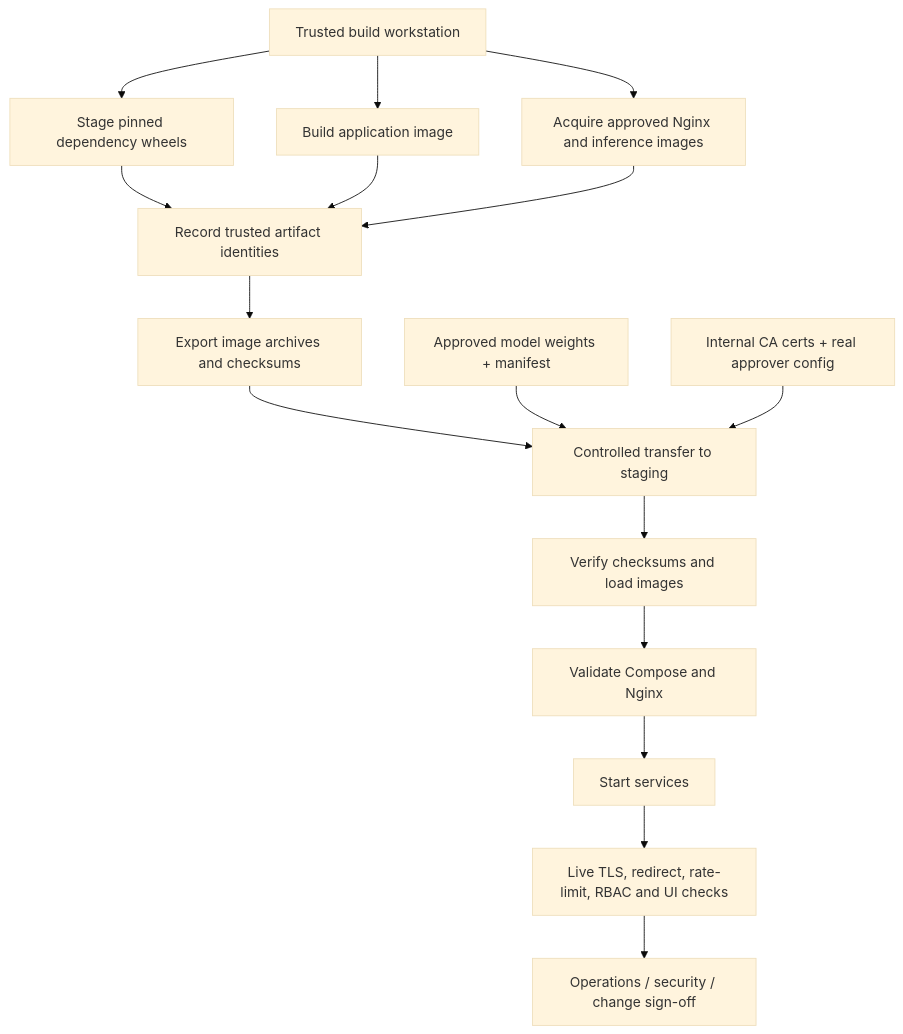
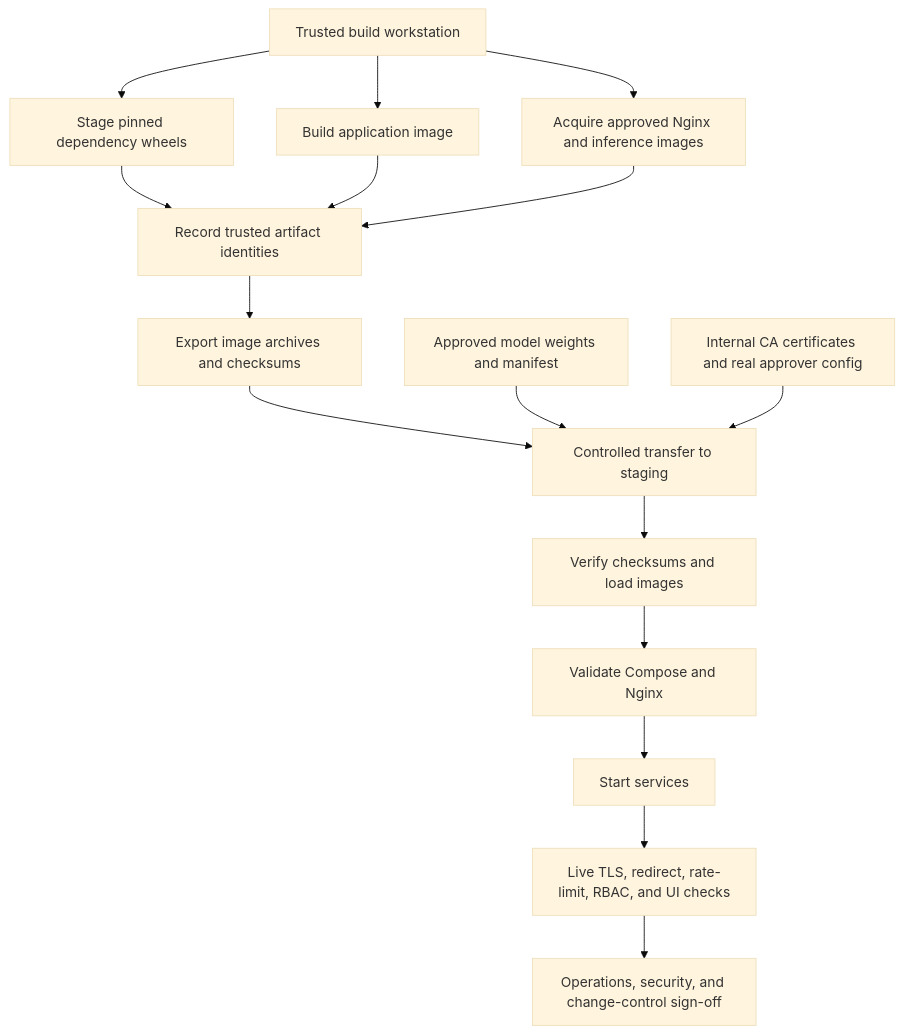
One commit to NithinGJ2005/AeroGrid_AI changed the fourth of 4 diagrams in README.md. Above: the diagram before and after it, drawn with Mermaid (base theme). The commit also changed other lines of this file, not shown here.

````diff
--- a/README.md
+++ b/README.md
@@ -286,18 +261,18 @@
 ```mermaid
 flowchart TD
- BUILD[Trusted build workstation] --> WHEELS[Stage pinned dependency wheels]
- BUILD --> APP[Build application image]
- BUILD --> BASE[Acquire approved Nginx and inference images]
- WHEELS --> VERIFY[Record trusted artifact identities]
- APP --> VERIFY
- BASE --> VERIFY
- VERIFY --> EXPORT[Export image archives and checksums]
- EXPORT --> TRANSFER[Controlled transfer to staging]
- MODEL[Approved model weights + manifest] --> TRANSFER
- CONFIG[Internal CA certs + real approver config] --> TRANSFER
- TRANSFER --> LOAD[Verify checksums and load images]
- LOAD --> CHECK[Validate Compose and Nginx]
- CHECK --> START[Start services]
- START --> TEST[Live TLS, redirect, rate-limit, RBAC and UI checks]
- TEST --> SIGNOFF[Operations / security / change sign-off]
+    BUILD[Trusted build workstation] --> WHEELS[Stage pinned dependency wheels]
+    BUILD --> APP[Build application image]
+    BUILD --> BASE[Acquire approved Nginx and inference images]
+    WHEELS --> VERIFY[Record trusted artifact identities]
+    APP --> VERIFY
+    BASE --> VERIFY
+    VERIFY --> EXPORT[Export image archives and checksums]
+    EXPORT --> TRANSFER[Controlled transfer to staging]
+    MODEL[Approved model weights and manifest] --> TRANSFER
+    CONFIG[Internal CA certificates and real approver config] --> TRANSFER
+    TRANSFER --> LOAD[Verify checksums and load images]
+    LOAD --> CHECK[Validate Compose and Nginx]
+    CHECK --> START[Start services]
+    START --> TEST[Live TLS, redirect, rate-limit, RBAC, and UI checks]
+    TEST --> SIGNOFF[Operations, security, and change-control sign-off]
 ```
````
